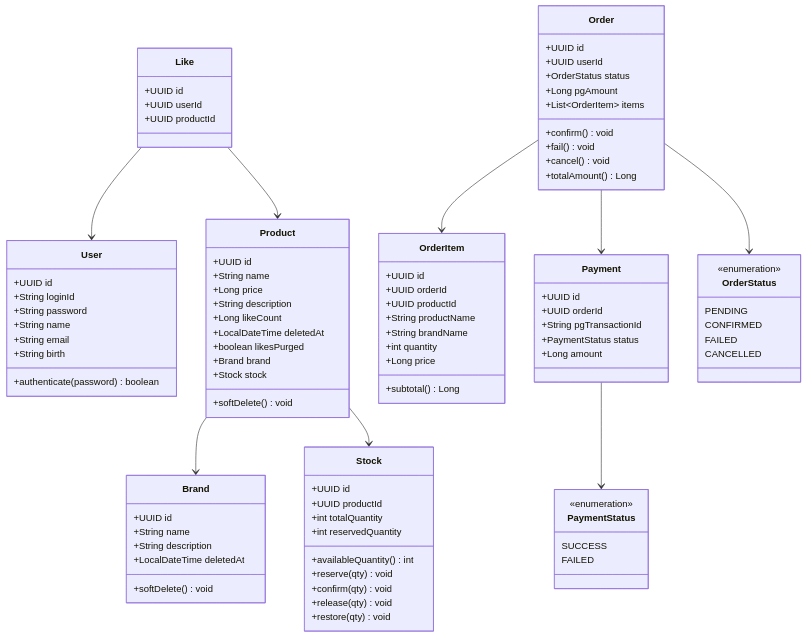
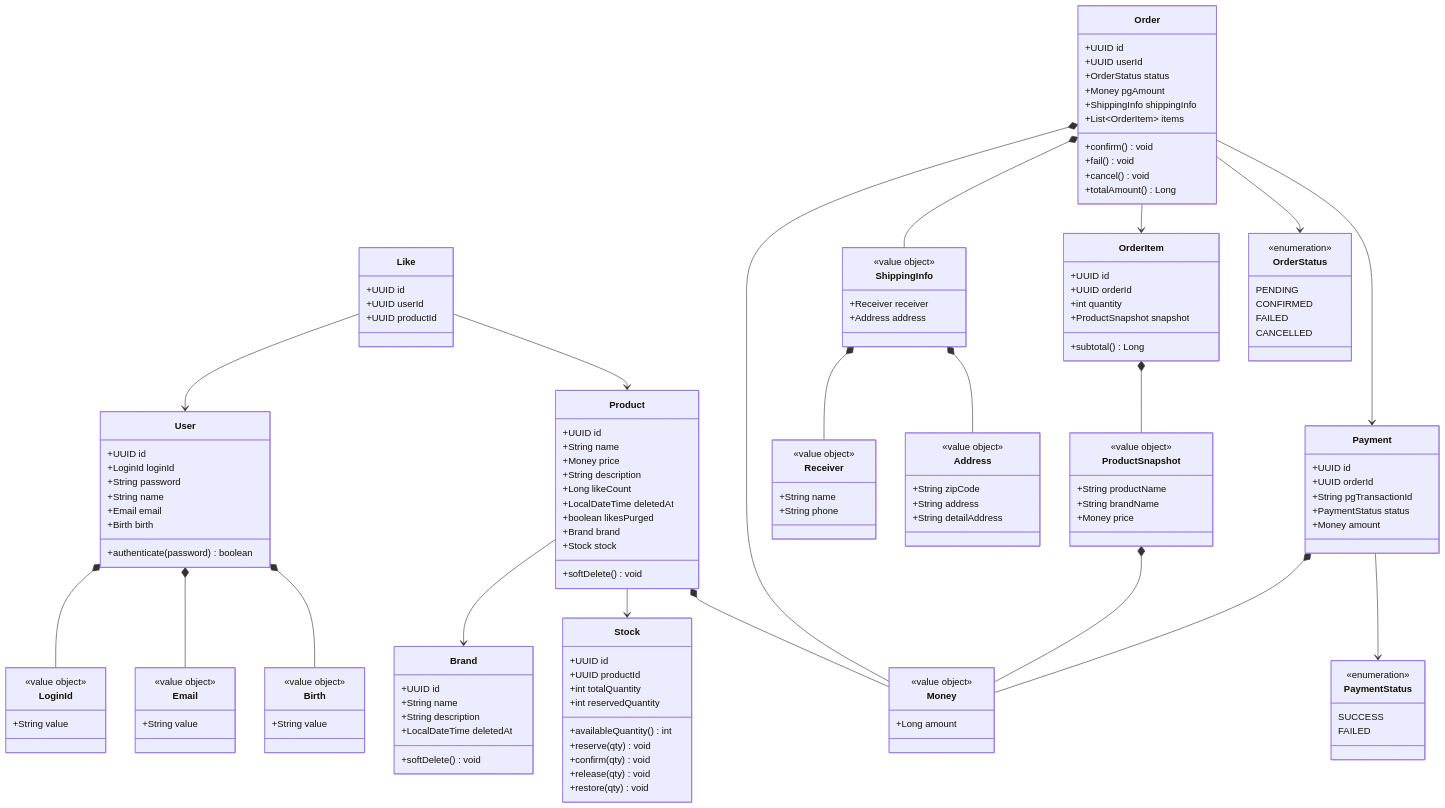
One commit to loopers-labs/loop-pack-be-l2-vol4-java changed the diagram in .docs/design/03-class-diagram.md. Above: the diagram before and after it, drawn with Mermaid. The commit also changed 13 other files, not shown here.

First line of the commit message:
refactor: 도메인 값 타입(VO) 추출 — LoginId/Email/Birth/Money/ShippingInfo/ProductSnapshot

```diff
--- a/.docs/design/03-class-diagram.md
+++ b/.docs/design/03-class-diagram.md
@@ -10,12 +10,27 @@
 classDiagram
     class User {
         +UUID id
-        +String loginId
+        +LoginId loginId
         +String password
         +String name
-        +String email
-        +String birth
+        +Email email
+        +Birth birth
         +authenticate(password) boolean
+    }
+
+    class LoginId {
+        <<value object>>
+        +String value
+    }
+
+    class Email {
+        <<value object>>
+        +String value
+    }
+
+    class Birth {
+        <<value object>>
+        +String value
     }
 
     class Brand {
@@ -29,7 +44,7 @@
     class Product {
         +UUID id
         +String name
-        +Long price
+        +Money price
         +String description
         +Long likeCount
         +LocalDateTime deletedAt
@@ -37,6 +52,11 @@
         +Brand brand
         +Stock stock
         +softDelete() void
+    }
+
+    class Money {
+        <<value object>>
+        +Long amount
     }
 
     class Stock {
@@ -61,7 +81,8 @@
         +UUID id
         +UUID userId
         +OrderStatus status
-        +Long pgAmount
+        +Money pgAmount
+        +ShippingInfo shippingInfo
         +List~OrderItem~ items
         +confirm() void
         +fail() void
@@ -69,15 +90,38 @@
         +totalAmount() Long
     }
 
+    class ShippingInfo {
+        <<value object>>
+        +Receiver receiver
+        +Address address
+    }
+
+    class Receiver {
+        <<value object>>
+        +String name
+        +String phone
+    }
+
+    class Address {
+        <<value object>>
+        +String zipCode
+        +String address
+        +String detailAddress
+    }
+
     class OrderItem {
         +UUID id
         +UUID orderId
-        +UUID productId
+        +int quantity
+        +ProductSnapshot snapshot
+        +subtotal() Long
+    }
+
+    class ProductSnapshot {
+        <<value object>>
         +String productName
         +String brandName
-        +int quantity
-        +Long price
-        +subtotal() Long
+        +Money price
     }
 
     class Payment {
@@ -85,7 +129,7 @@
         +UUID orderId
         +String pgTransactionId
         +PaymentStatus status
-        +Long amount
+        +Money amount
     }
 
     class PaymentStatus {
@@ -102,11 +146,22 @@
         CANCELLED
     }
 
+    User *-- LoginId
+    User *-- Email
+    User *-- Birth
     Product --> Brand
     Product --> Stock
+    Product *-- Money
+    Order *-- Money
+    Order *-- ShippingInfo
+    ShippingInfo *-- Receiver
+    ShippingInfo *-- Address
     Order --> OrderItem
     Order --> OrderStatus
     Order --> Payment
+    OrderItem *-- ProductSnapshot
+    ProductSnapshot *-- Money
+    Payment *-- Money
     Payment --> PaymentStatus
     Like --> User
     Like --> Product
```
